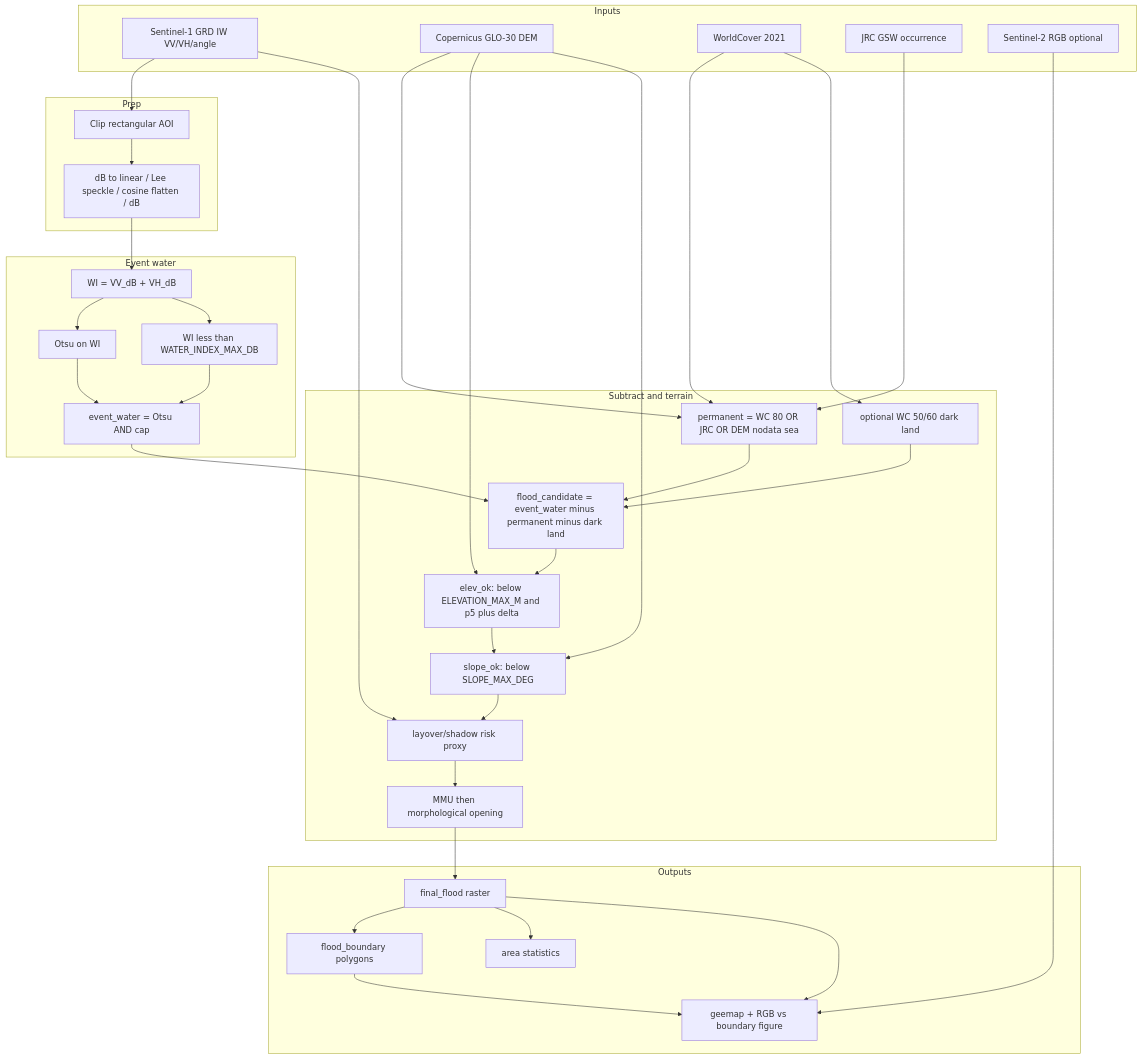
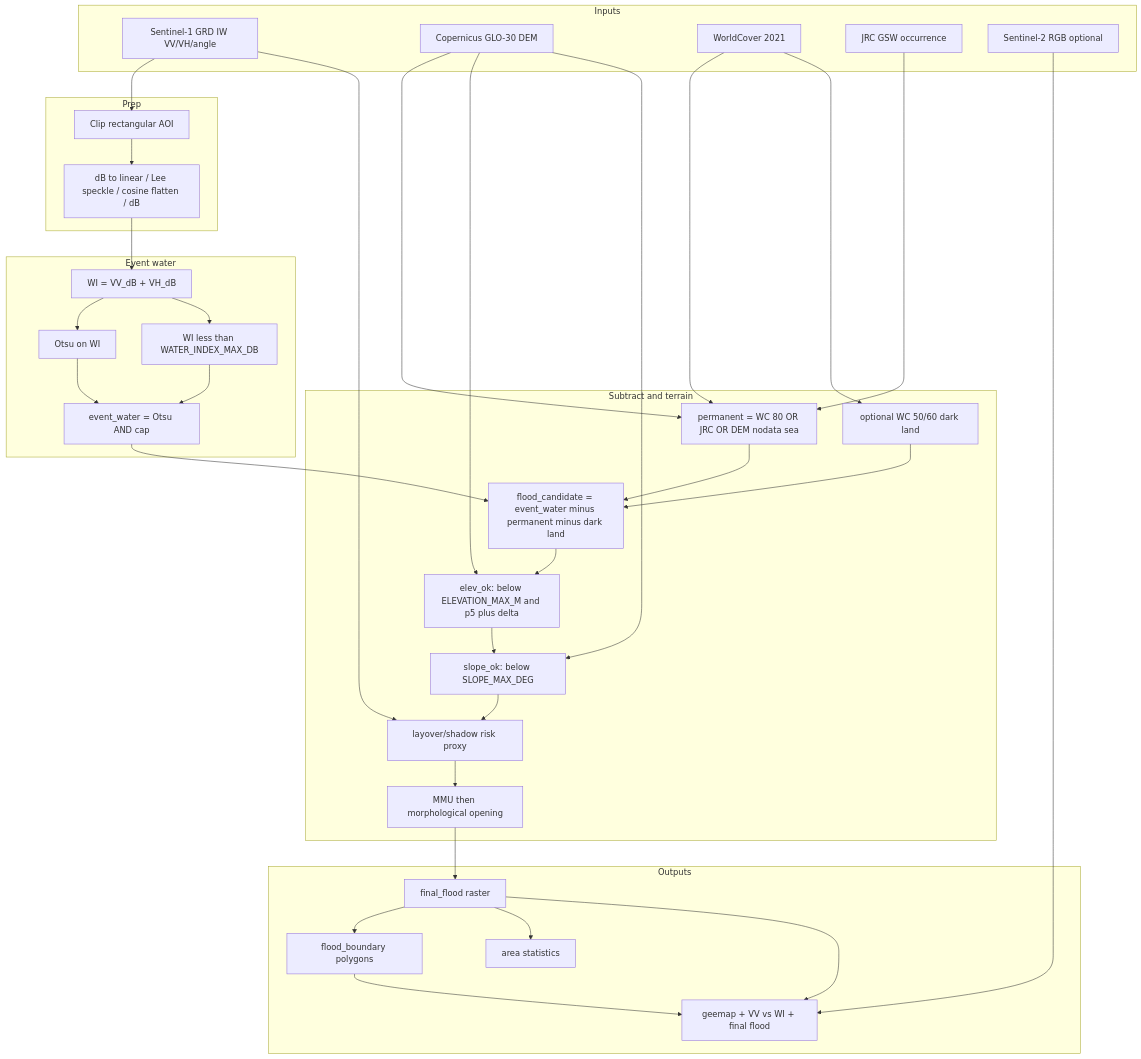
Before and after one commit to uoa-gis/GIS: the diagram in README.md, drawn with Mermaid. The commit also changed other lines of this file and 5 other files, not shown here.

````diff
--- a/README.md
+++ b/README.md
@@ -59,54 +65,54 @@
 ```mermaid
 flowchart TD
   subgraph IN["Inputs"]
     S1["Sentinel-1 GRD IW VV/VH/angle"]
     DEM["Copernicus GLO-30 DEM"]
     WC["WorldCover 2021"]
     JRC["JRC GSW occurrence"]
     S2["Sentinel-2 RGB optional"]
   end
   subgraph PRE["Prep"]
     CLIP["Clip rectangular AOI"]
     LEE["dB to linear / Lee speckle / cosine flatten / dB"]
   end
   subgraph WTR["Event water"]
     WI["WI = VV_dB + VH_dB"]
     OTSU["Otsu on WI"]
     CAP["WI less than WATER_INDEX_MAX_DB"]
     EW["event_water = Otsu AND cap"]
   end
   subgraph MASK["Subtract and terrain"]
     PERM["permanent = WC 80 OR JRC OR DEM nodata sea"]
     DARK["optional WC 50/60 dark land"]
     CAND["flood_candidate = event_water minus permanent minus dark land"]
     ELEV["elev_ok: below ELEVATION_MAX_M and p5 plus delta"]
     SLP["slope_ok: below SLOPE_MAX_DEG"]
     LAY["layover/shadow risk proxy"]
     MMU["MMU then morphological opening"]
   end
   subgraph OUT["Outputs"]
     FF["final_flood raster"]
     POLY["flood_boundary polygons"]
     STAT["area statistics"]
-    MAP["geemap + RGB vs boundary figure"]
+    MAP["geemap + VV vs WI + final flood"]
   end
   S1 --> CLIP --> LEE --> WI
   WI --> OTSU --> EW
   WI --> CAP --> EW
   WC --> PERM
   JRC --> PERM
   DEM --> PERM
   WC --> DARK
   EW --> CAND
   PERM --> CAND
   DARK --> CAND
   DEM --> ELEV
   DEM --> SLP
   S1 --> LAY
   CAND --> ELEV --> SLP --> LAY --> MMU --> FF
   FF --> POLY
   FF --> STAT
   S2 --> MAP
   FF --> MAP
   POLY --> MAP
 ```
````
